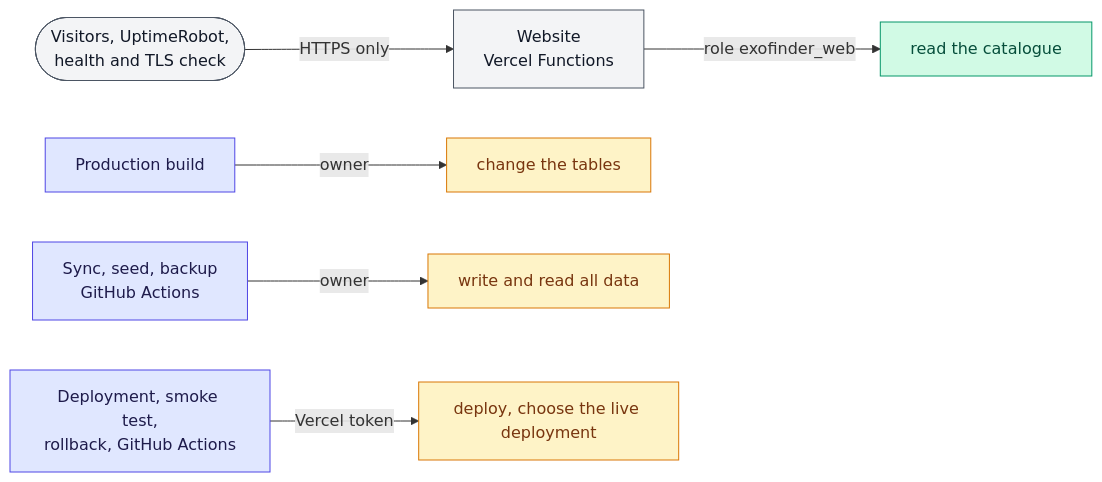
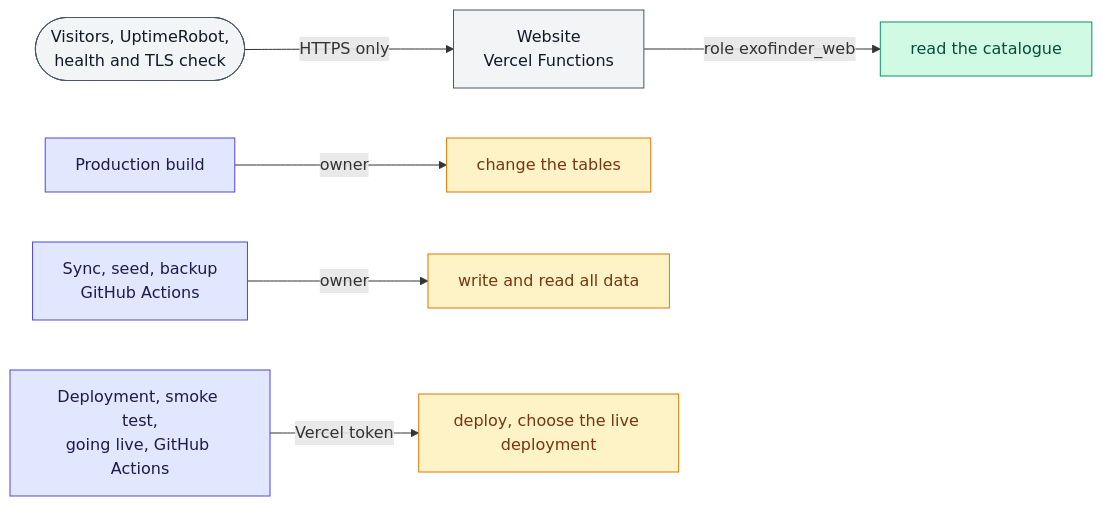
Before and after one commit to tomdevtech/ExoFinder: the third of 13 diagrams in docs/ARCHITECTURE.md, drawn with Mermaid. The commit also changed other lines of this file and 123 other files, not shown here.

````diff
--- a/docs/ARCHITECTURE.md
+++ b/docs/ARCHITECTURE.md
@@ -94,14 +94,14 @@
 ```mermaid
 flowchart LR
     Visitors([Visitors, UptimeRobot,<br>health and TLS check]):::who -->|HTTPS only| Site[Website<br>Vercel Functions]:::app
     Site -->|role exofinder_web| Read[read the catalogue]:::ro
     Build[Production build]:::job -->|owner| Schema[change the tables]:::rw
     Jobs[Sync, seed, backup<br>GitHub Actions]:::job -->|owner| Data[write and read all data]:::rw
-    Deploy[Deployment, smoke test,<br>rollback, GitHub Actions]:::job -->|Vercel token| Live[deploy, choose the live deployment]:::rw
+    Deploy[Deployment, smoke test,<br>going live, GitHub Actions]:::job -->|Vercel token| Live[deploy, choose the live deployment]:::rw
 
     classDef who fill:#f3f4f6,stroke:#4b5563,color:#111827
     classDef app fill:#f3f4f6,stroke:#4b5563,color:#111827
     classDef job fill:#e0e7ff,stroke:#4f46e5,color:#1e1b4b
     classDef ro fill:#d1fae5,stroke:#059669,color:#064e3b
     classDef rw fill:#fef3c7,stroke:#d97706,color:#78350f
 ```
````
